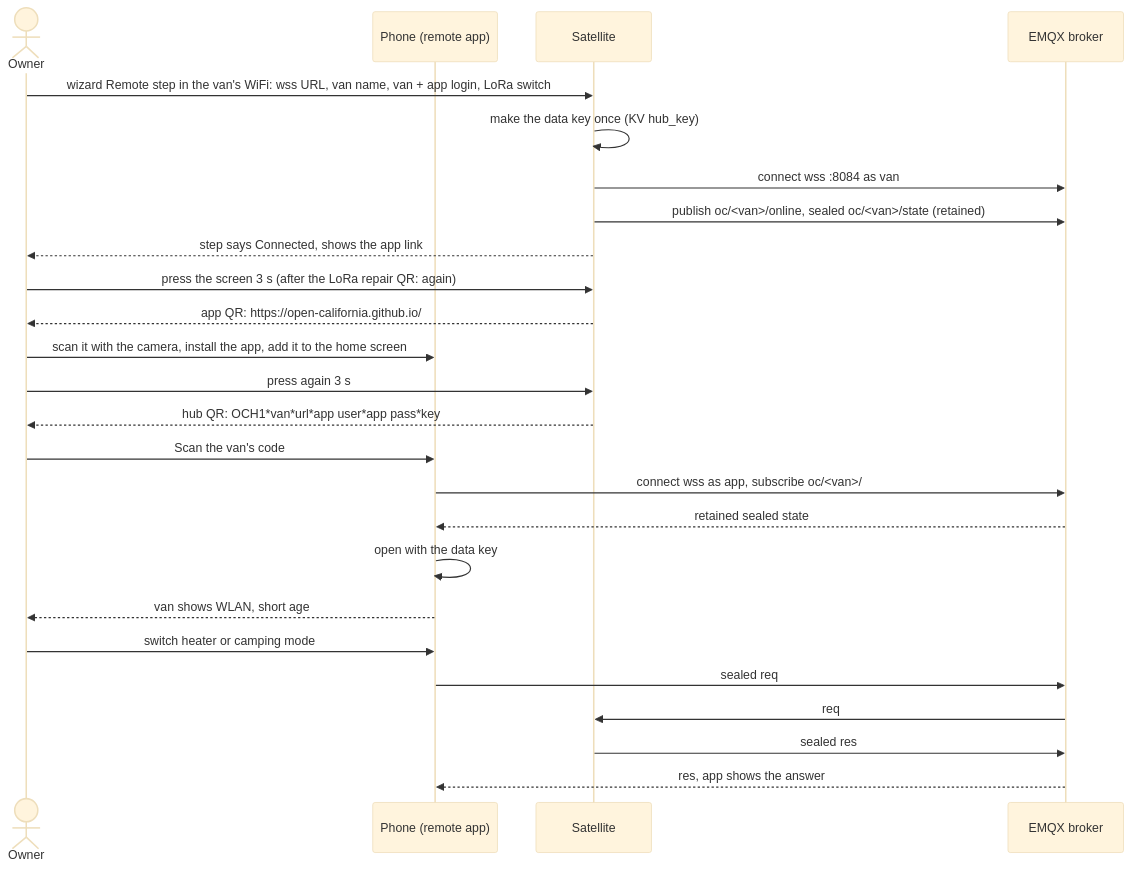
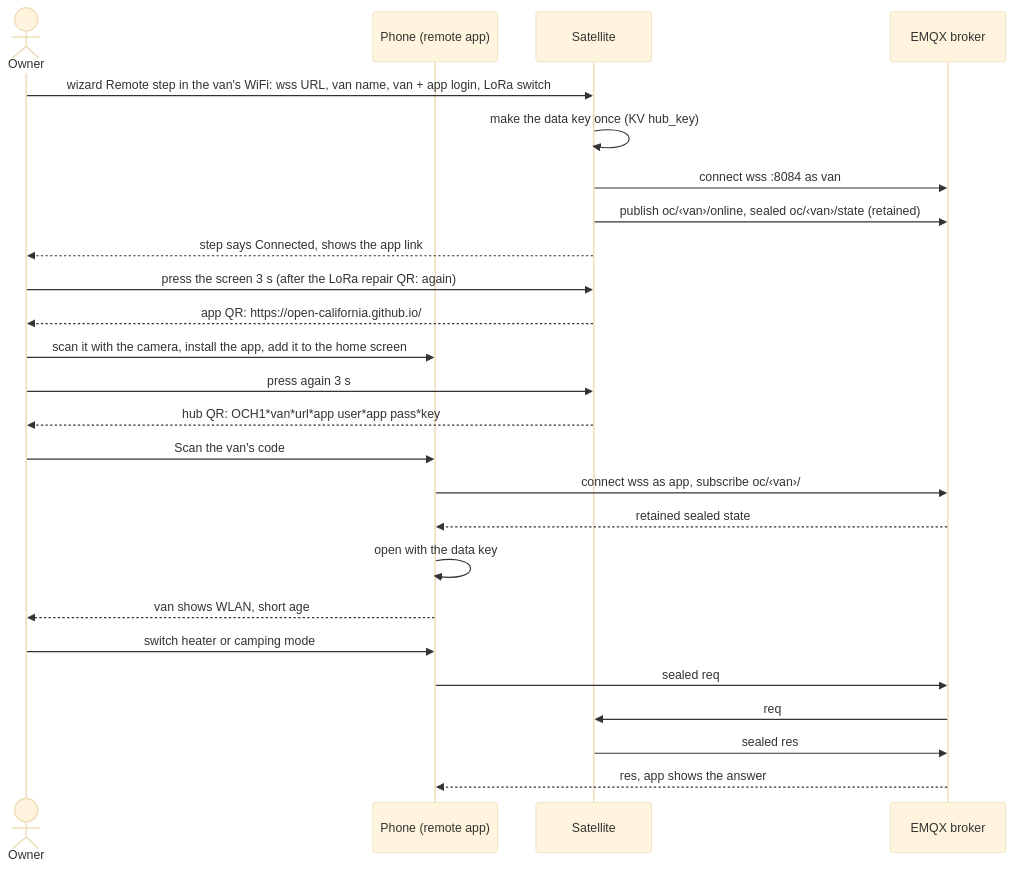
One commit to ckeller42/open-california changed the fourth of 5 diagrams in docs/howto-remote-hub.md. Above: the diagram before and after it, drawn with Mermaid (base theme). The commit also changed other lines of this file and 7 other files, not shown here.

First line of the commit message:
wizard, docs: press again past the app QR; back test; rotation step; mermaid guard

````diff
--- a/docs/howto-remote-hub.md
+++ b/docs/howto-remote-hub.md
@@ -388,28 +388,28 @@
 ```mermaid
 sequenceDiagram
 actor O as Owner
 participant P as Phone (remote app)
 participant E as Satellite
 participant B as EMQX broker
 O->>E: wizard Remote step in the van's WiFi: wss URL, van name, van + app login, LoRa switch
 E->>E: make the data key once (KV hub_key)
 E->>B: connect wss :8084 as van
-E->>B: publish oc/#lt;van#gt;/online, sealed oc/#lt;van#gt;/state (retained)
+E->>B: publish oc/‹van›/online, sealed oc/‹van›/state (retained)
 E-->>O: step says Connected, shows the app link
 O->>E: press the screen 3 s (after the LoRa repair QR: again)
 E-->>O: app QR: https://open-california.github.io/
 O->>P: scan it with the camera, install the app, add it to the home screen
 O->>E: press again 3 s
 E-->>O: hub QR: OCH1*van*url*app user*app pass*key
 O->>P: Scan the van's code
-P->>B: connect wss as app, subscribe oc/#lt;van#gt;/#
+P->>B: connect wss as app, subscribe oc/‹van›/#
 B-->>P: retained sealed state
 P->>P: open with the data key
 P-->>O: van shows WLAN, short age
 O->>P: switch heater or camping mode
 P->>B: sealed req
 B->>E: req
 E->>B: sealed res
 B-->>P: res, app shows the answer
 
 ```
````
